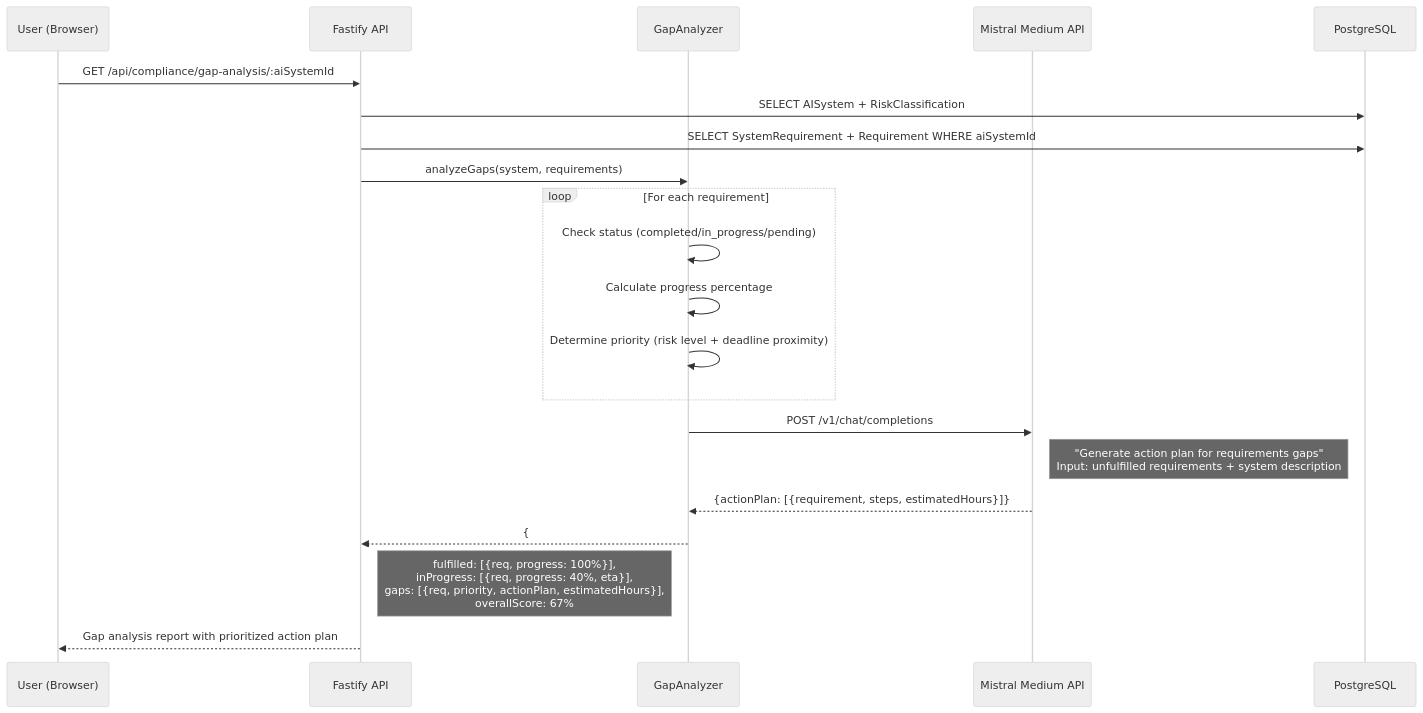
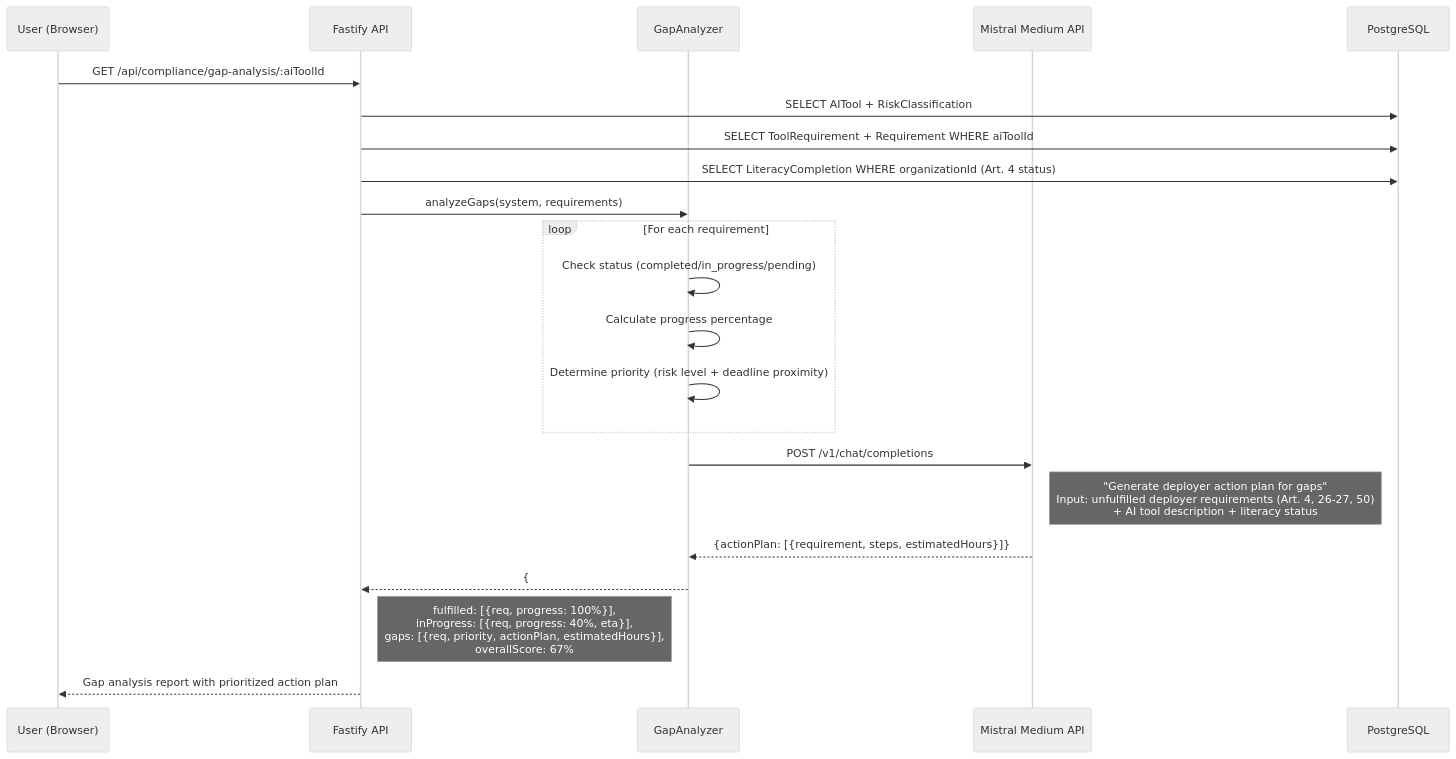
Before and after one commit to complior/complior: the seventh of 14 diagrams in docs/DATA-FLOWS.md, drawn with Mermaid (neutral theme). The commit also changed other lines of this file and 7 other files, not shown here.

````diff
--- a/docs/DATA-FLOWS.md
+++ b/docs/DATA-FLOWS.md
@@ -341,29 +360,30 @@
 ```mermaid
 sequenceDiagram
     participant User as User (Browser)
     participant API as Fastify API
     participant Gap as GapAnalyzer
     participant LLM as Mistral Medium API
     participant DB as PostgreSQL
 
-    User->>API: GET /api/compliance/gap-analysis/:aiSystemId
-    API->>DB: SELECT AISystem + RiskClassification
-    API->>DB: SELECT SystemRequirement + Requirement WHERE aiSystemId
+    User->>API: GET /api/compliance/gap-analysis/:aiToolId
+    API->>DB: SELECT AITool + RiskClassification
+    API->>DB: SELECT ToolRequirement + Requirement WHERE aiToolId
+    API->>DB: SELECT LiteracyCompletion WHERE organizationId (Art. 4 status)
 
     API->>Gap: analyzeGaps(system, requirements)
 
     loop For each requirement
         Gap->>Gap: Check status (completed/in_progress/pending)
         Gap->>Gap: Calculate progress percentage
         Gap->>Gap: Determine priority (risk level + deadline proximity)
     end
 
     Gap->>LLM: POST /v1/chat/completions
-    Note right of LLM: "Generate action plan for requirements gaps"<br/>Input: unfulfilled requirements + system description
+    Note right of LLM: "Generate deployer action plan for gaps"<br/>Input: unfulfilled deployer requirements (Art. 4, 26-27, 50)<br/>+ AI tool description + literacy status
     LLM-->>Gap: {actionPlan: [{requirement, steps, estimatedHours}]}
 
     Gap-->>API: {
     Note right of API: fulfilled: [{req, progress: 100%}],<br/>inProgress: [{req, progress: 40%, eta}],<br/>gaps: [{req, priority, actionPlan, estimatedHours}],<br/>overallScore: 67%
 
     API-->>User: Gap analysis report with prioritized action plan
 ```
````
